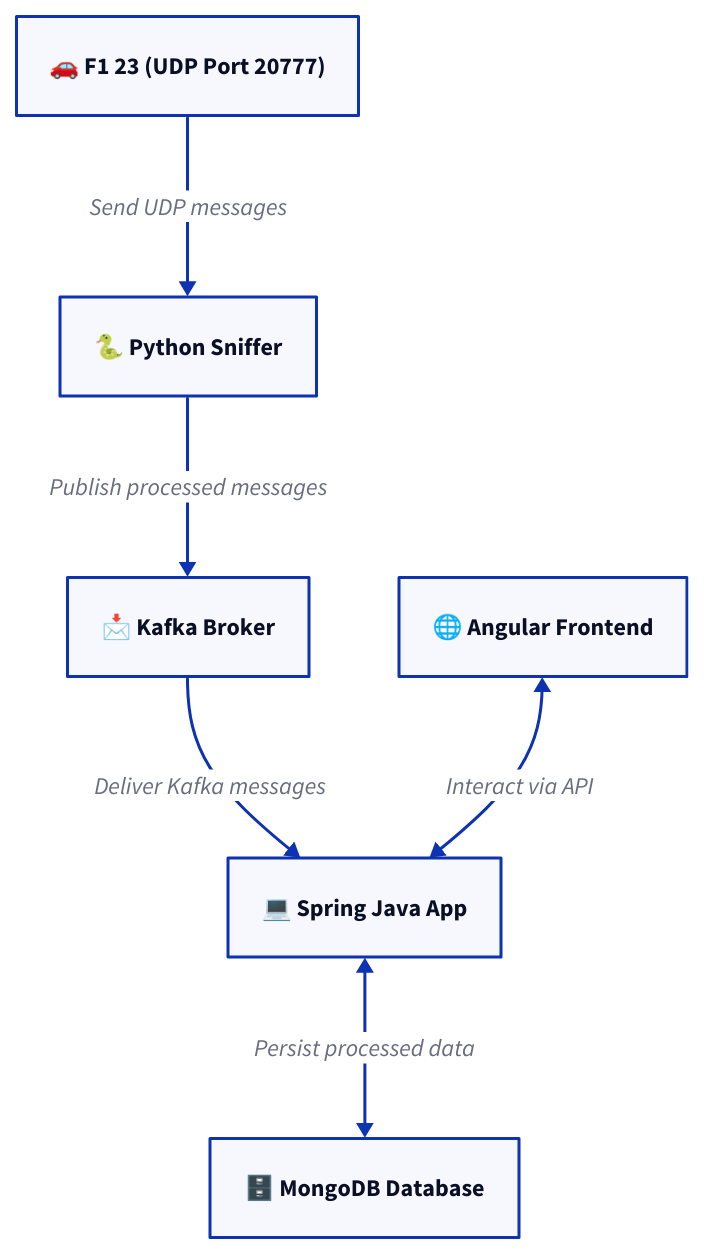
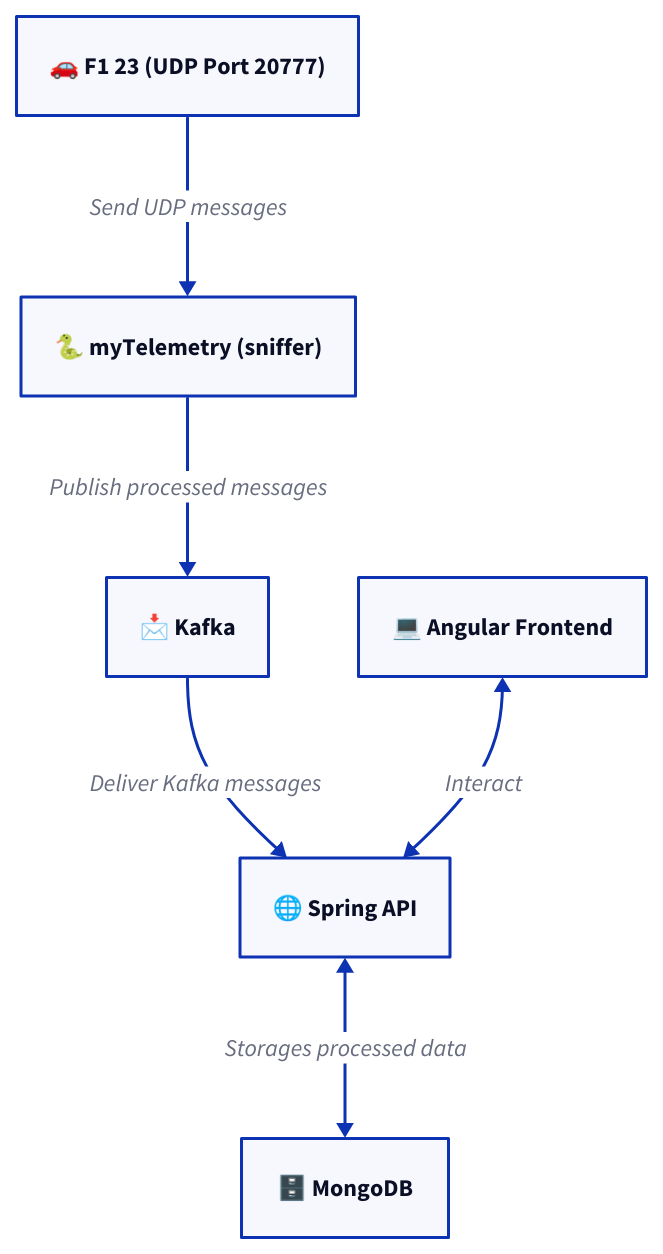
Before and after one commit to bdvsoftware/f1_api: the diagram in architecture.d2, drawn with D2. The commit also changed 8 other files, not shown here.

```diff
--- a/architecture.d2
+++ b/architecture.d2
@@ -1,13 +1,13 @@
 F1_23: "🚗 F1 23 (UDP Port 20777)"
-PythonApp: "🐍 Python Sniffer"
-Kafka: "📩 Kafka Broker"
-SpringApp: "💻 Spring Java App"
-MongoDB: "🗄️ MongoDB Database"
-AngularApp: "🌐 Angular Frontend"
+PythonApp: "🐍 myTelemetry (sniffer)"
+Kafka: "📩 Kafka"
+SpringApp: "🌐 Spring API"
+MongoDB: "🗄️ MongoDB"
+AngularApp: "💻 Angular Frontend"
 
 
 F1_23 -> PythonApp: "Send UDP messages"
 PythonApp -> Kafka: "Publish processed messages"
 Kafka -> SpringApp: "Deliver Kafka messages"
-SpringApp <-> MongoDB: "Persist processed data"
-AngularApp <-> SpringApp: "Interact via API"
+SpringApp <-> MongoDB: "Storages processed data"
+AngularApp <-> SpringApp: "Interact"
```
